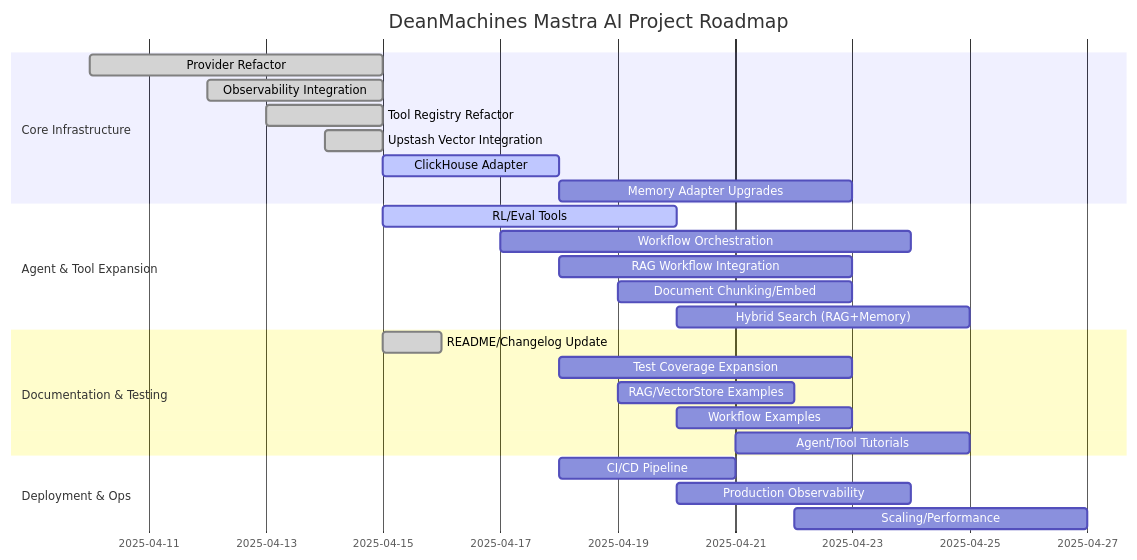
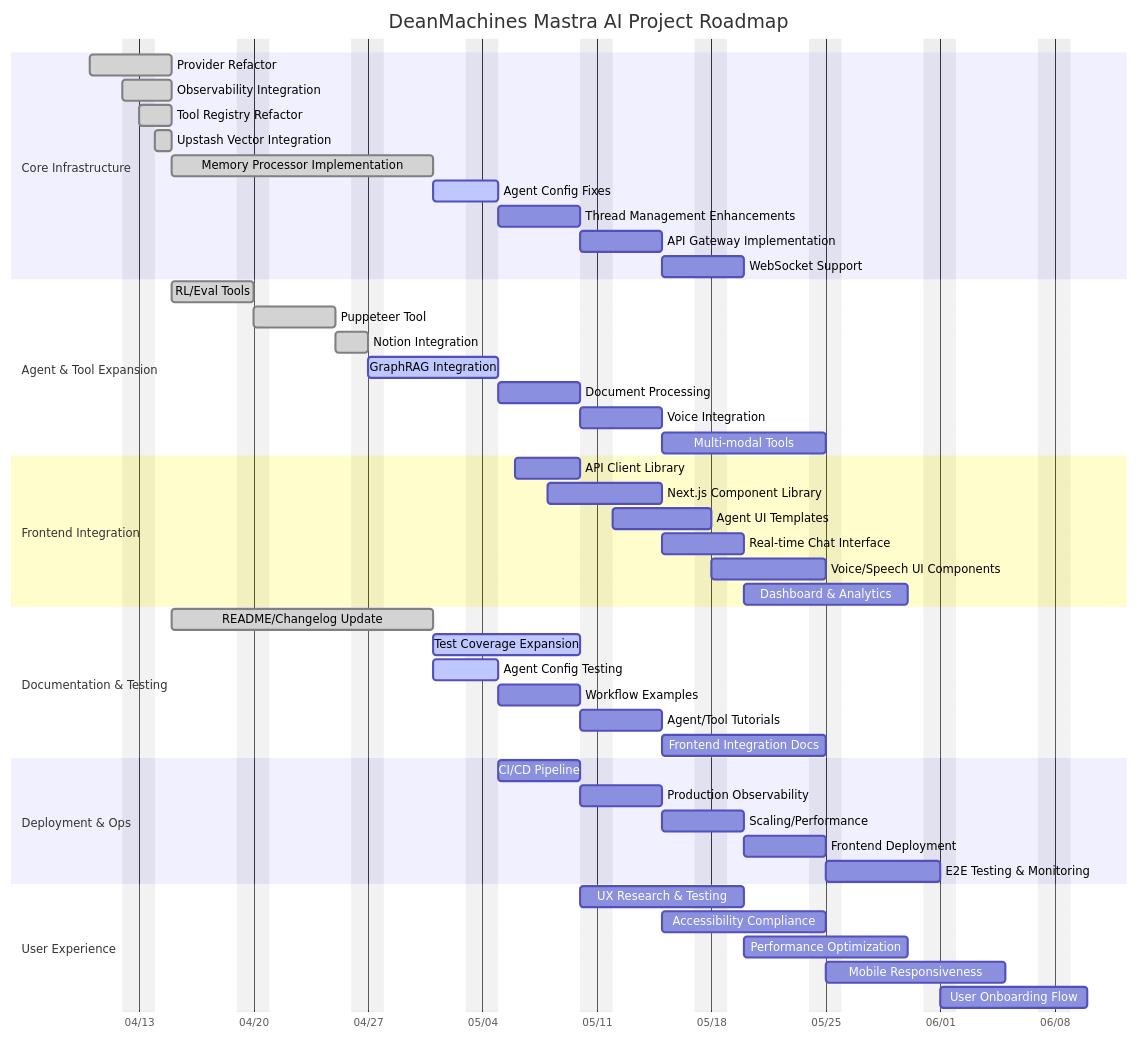
One commit to ssdeanx/Deanmachines changed the second of 2 diagrams in README.md. Above: the diagram before and after it, drawn with Mermaid. The commit also changed other lines of this file, not shown here.

````diff
--- a/README.md
+++ b/README.md
@@ -587,35 +621,57 @@
 ```mermaid
-%% GitHub supports Mermaid Gantt, but only with valid syntax and no unsupported features
-%% See https://mermaid.js.org/syntax/gantt.html for reference
+gantt
+    dateFormat  YYYY-MM-DD
+    title DeanMachines Mastra AI Project Roadmap
+    axisFormat %m/%d
+    excludes    weekends
+    
+    section Core Infrastructure
+    Provider Refactor         :done,   a1, 2025-04-10, 2025-04-15
+    Observability Integration :done,   a2, 2025-04-12, 2025-04-15
+    Tool Registry Refactor    :done,   a3, 2025-04-13, 2025-04-15
+    Upstash Vector Integration:done,   a4, 2025-04-14, 2025-04-15
+    Memory Processor Implementation :done, a5, 2025-04-15, 2025-05-01
+    Agent Config Fixes        :active, a6, 2025-05-01, 2025-05-05
+    Thread Management Enhancements :    a7, 2025-05-05, 2025-05-10
+    API Gateway Implementation:    a8, 2025-05-10, 2025-05-15
+    WebSocket Support         :    a9, 2025-05-15, 2025-05-20
 
-gantt
-dateFormat  YYYY-MM-DD
-title DeanMachines Mastra AI Project Roadmap
-
-section Core Infrastructure
-Provider Refactor         :done,   a1, 2025-04-10, 2025-04-15
-Observability Integration :done,   a2, 2025-04-12, 2025-04-15
-Tool Registry Refactor    :done,   a3, 2025-04-13, 2025-04-15
-Upstash Vector Integration:done,   a4, 2025-04-14, 2025-04-15
-ClickHouse Adapter        :active, a5, 2025-04-15, 3d
-Memory Adapter Upgrades   :        a6, 2025-04-18, 5d
-
-section Agent & Tool Expansion
-RL/Eval Tools             :active, b1, 2025-04-15, 5d
-Workflow Orchestration    :        b2, 2025-04-17, 7d
-RAG Workflow Integration  :        b3, 2025-04-18, 5d
-Document Chunking/Embed   :        b4, 2025-04-19, 4d
-Hybrid Search (RAG+Memory):        b5, 2025-04-20, 5d
-
-section Documentation & Testing
-README/Changelog Update   :done,   c1, 2025-04-15, 1d
-Test Coverage Expansion   :        c2, 2025-04-18, 5d
-RAG/VectorStore Examples  :        c3, 2025-04-19, 3d
-Workflow Examples         :        c4, 2025-04-20, 3d
-Agent/Tool Tutorials      :        c5, 2025-04-21, 4d
-
-section Deployment & Ops
-CI/CD Pipeline            :        d1, 2025-04-18, 3d
-Production Observability  :        d2, 2025-04-20, 4d
-Scaling/Performance       :        d3, 2025-04-22, 5d
+    section Agent & Tool Expansion
+    RL/Eval Tools             :done,   b1, 2025-04-15, 2025-04-20
+    Puppeteer Tool            :done,   b2, 2025-04-20, 2025-04-25
+    Notion Integration        :done,   b3, 2025-04-25, 2025-04-27
+    GraphRAG Integration      :active, b4, 2025-04-27, 2025-05-05
+    Document Processing       :        b5, 2025-05-05, 2025-05-10
+    Voice Integration         :        b6, 2025-05-10, 2025-05-15
+    Multi-modal Tools         :        b7, 2025-05-15, 2025-05-25
+    
+    section Frontend Integration
+    API Client Library        :        f1, 2025-05-06, 2025-05-10
+    Next.js Component Library :        f2, 2025-05-08, 2025-05-15
+    Agent UI Templates        :        f3, 2025-05-12, 2025-05-18
+    Real-time Chat Interface  :        f4, 2025-05-15, 2025-05-20
+    Voice/Speech UI Components:        f5, 2025-05-18, 2025-05-25
+    Dashboard & Analytics     :        f6, 2025-05-20, 2025-05-30
+    
+    section Documentation & Testing
+    README/Changelog Update   :done,   c1, 2025-04-15, 2025-05-01
+    Test Coverage Expansion   :active, c2, 2025-05-01, 2025-05-10
+    Agent Config Testing      :active, c3, 2025-05-01, 2025-05-05
+    Workflow Examples         :        c4, 2025-05-05, 2025-05-10
+    Agent/Tool Tutorials      :        c5, 2025-05-10, 2025-05-15
+    Frontend Integration Docs :        c6, 2025-05-15, 2025-05-25
+    
+    section Deployment & Ops
+    CI/CD Pipeline            :        d1, 2025-05-05, 2025-05-10
+    Production Observability  :        d2, 2025-05-10, 2025-05-15
+    Scaling/Performance       :        d3, 2025-05-15, 2025-05-20
+    Frontend Deployment       :        d4, 2025-05-20, 2025-05-25
+    E2E Testing & Monitoring  :        d5, 2025-05-25, 2025-06-01
+    
+    section User Experience
+    UX Research & Testing     :        u1, 2025-05-10, 2025-05-20
+    Accessibility Compliance  :        u2, 2025-05-15, 2025-05-25
+    Performance Optimization  :        u3, 2025-05-20, 2025-05-30
+    Mobile Responsiveness     :        u4, 2025-05-25, 2025-06-05
+    User Onboarding Flow      :        u5, 2025-06-01, 2025-06-10
 ```
````
